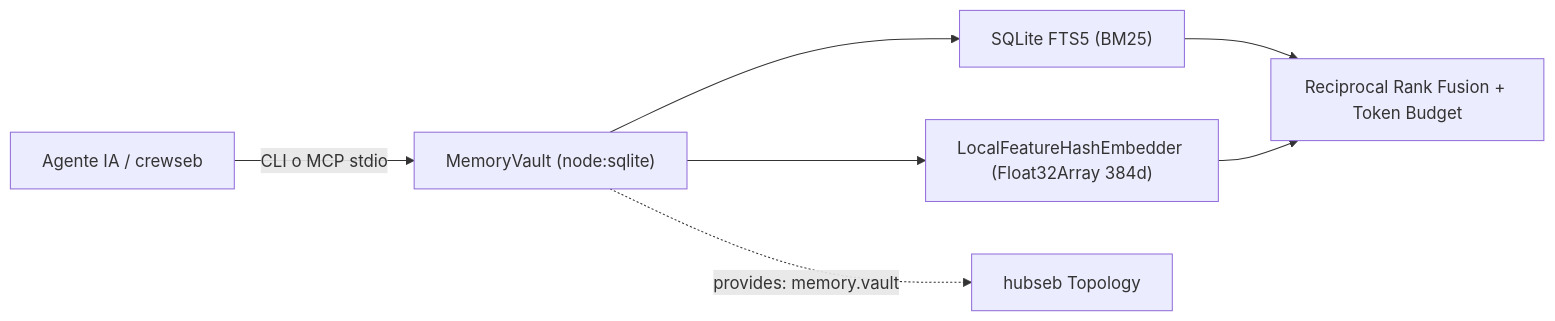
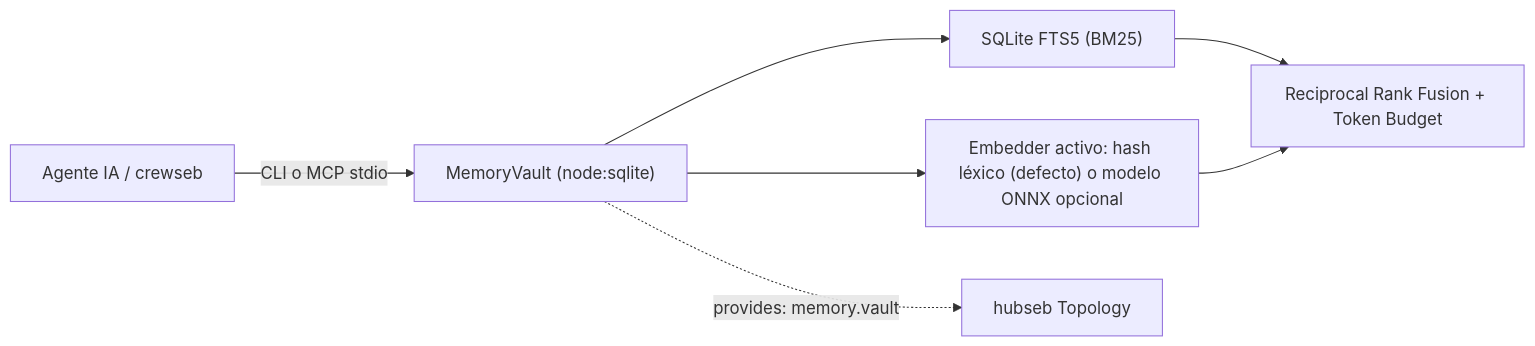
One commit to PahesebPJ/memoseb changed the first of 3 diagrams in README.md. Above: the diagram before and after it, drawn with Mermaid. The commit also changed other lines of this file and 20 other files, not shown here.

````diff
--- a/README.md
+++ b/README.md
@@ -15,9 +16,9 @@
 ```mermaid
 flowchart LR
     Agent["Agente IA / crewseb"] -->|CLI o MCP stdio| Vault["MemoryVault (node:sqlite)"]
     Vault --> FTS["SQLite FTS5 (BM25)"]
-    Vault --> Vec["LocalFeatureHashEmbedder (Float32Array 384d)"]
+    Vault --> Vec["Embedder activo: hash léxico (defecto) o modelo ONNX opcional"]
     FTS --> RRF["Reciprocal Rank Fusion + Token Budget"]
     Vec --> RRF
     Vault -.->|provides: memory.vault| Hub["hubseb Topology"]
 ```
````
